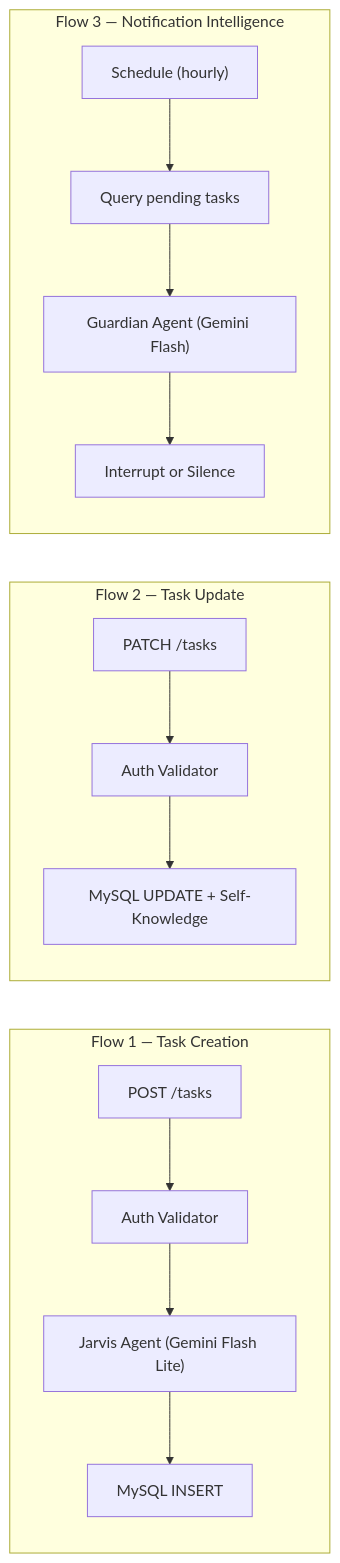
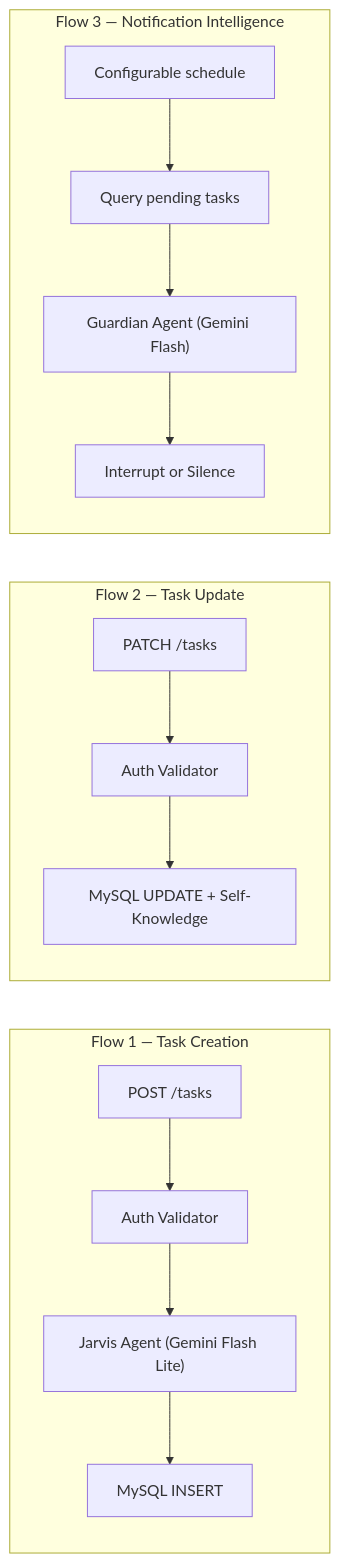
Before and after one commit to BrunoBarreto91/Jarvis: the diagram in docs/architecture.md, drawn with Mermaid. The commit also changed 2 other files, not shown here.

Commit message:
docs: apply editorial guidelines - generalize schedules and personal references

````diff
--- a/docs/architecture.md
+++ b/docs/architecture.md
@@ -26,19 +26,19 @@
 ```mermaid
 graph LR
     subgraph "Flow 1 — Task Creation"
         A1["POST /tasks"] --> A2["Auth Validator"]
         A2 --> A3["Jarvis Agent (Gemini Flash Lite)"]
         A3 --> A4["MySQL INSERT"]
     end
 
     subgraph "Flow 2 — Task Update"
         B1["PATCH /tasks"] --> B2["Auth Validator"]
         B2 --> B3["MySQL UPDATE + Self-Knowledge"]
     end
 
     subgraph "Flow 3 — Notification Intelligence"
-        C1["Schedule (hourly)"] --> C2["Query pending tasks"]
+        C1["Configurable schedule"] --> C2["Query pending tasks"]
         C2 --> C3["Guardian Agent (Gemini Flash)"]
         C3 --> C4["Interrupt or Silence"]
     end
 ```
````
